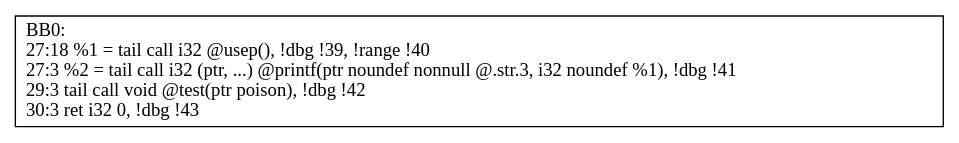
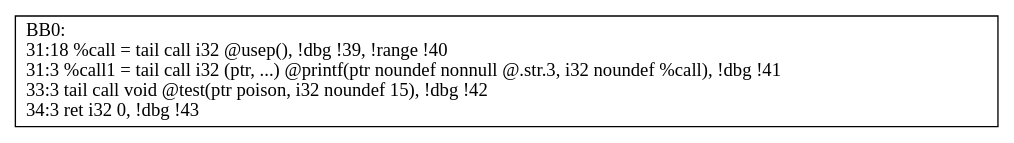
The diagram in output/demo.ll_main_CFG.dot (M-ouse/FinalDesign), drawn with Graphviz before and after one commit. The commit also changed 12 other files, not shown here.

```diff
--- a/output/demo.ll_main_CFG.dot
+++ b/output/demo.ll_main_CFG.dot
@@ -1,3 +1,3 @@
 digraph "CFG for'main' function" {
-	BB0 [shape=record, label="{BB0:\l27:18   %1 = tail call i32 @usep(), !dbg !39, !range !40\l 27:3   %2 = tail call i32 (ptr, ...) @printf(ptr noundef nonnull @.str.3, i32 noundef %1), !dbg !41\l 29:3   tail call void @test(ptr poison), !dbg !42\l 30:3   ret i32 0, !dbg !43\l }"];
+	BB0 [shape=record, label="{BB0:\l31:18   %call = tail call i32 @usep(), !dbg !39, !range !40\l 31:3   %call1 = tail call i32 (ptr, ...) @printf(ptr noundef nonnull @.str.3, i32 noundef %call), !dbg !41\l 33:3   tail call void @test(ptr poison, i32 noundef 15), !dbg !42\l 34:3   ret i32 0, !dbg !43\l }"];
 }
```
